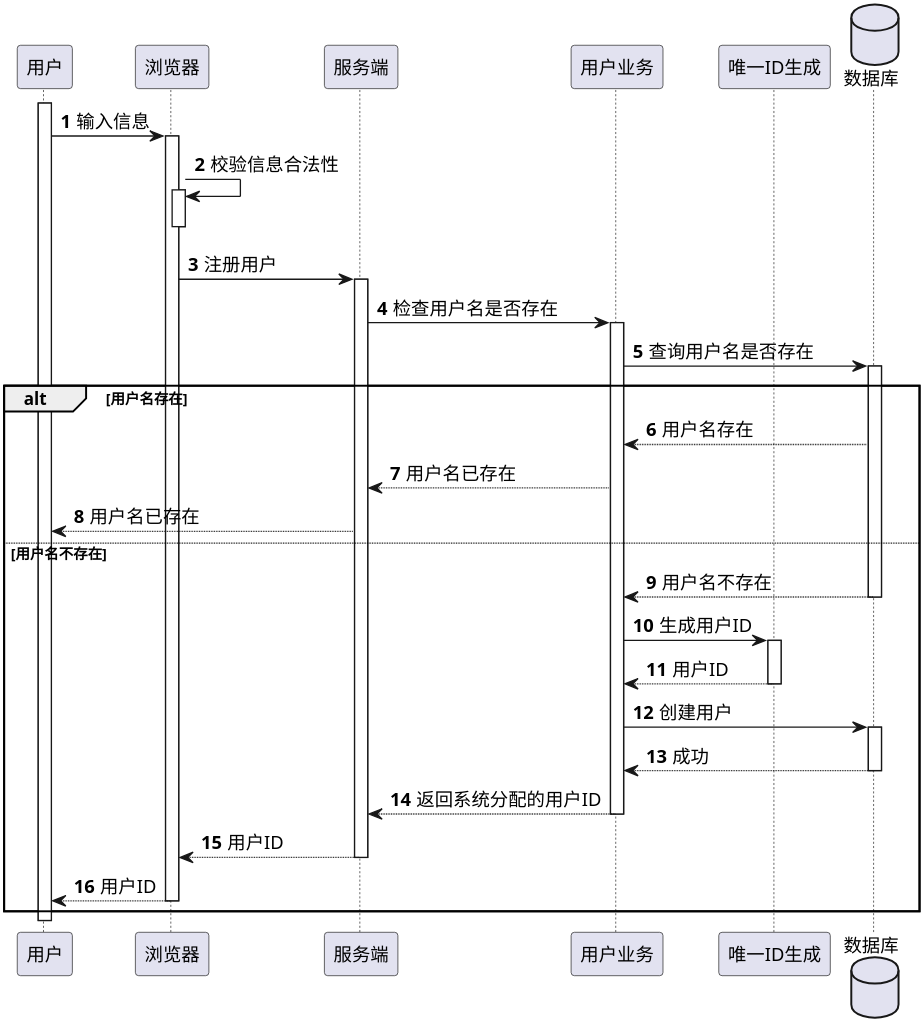
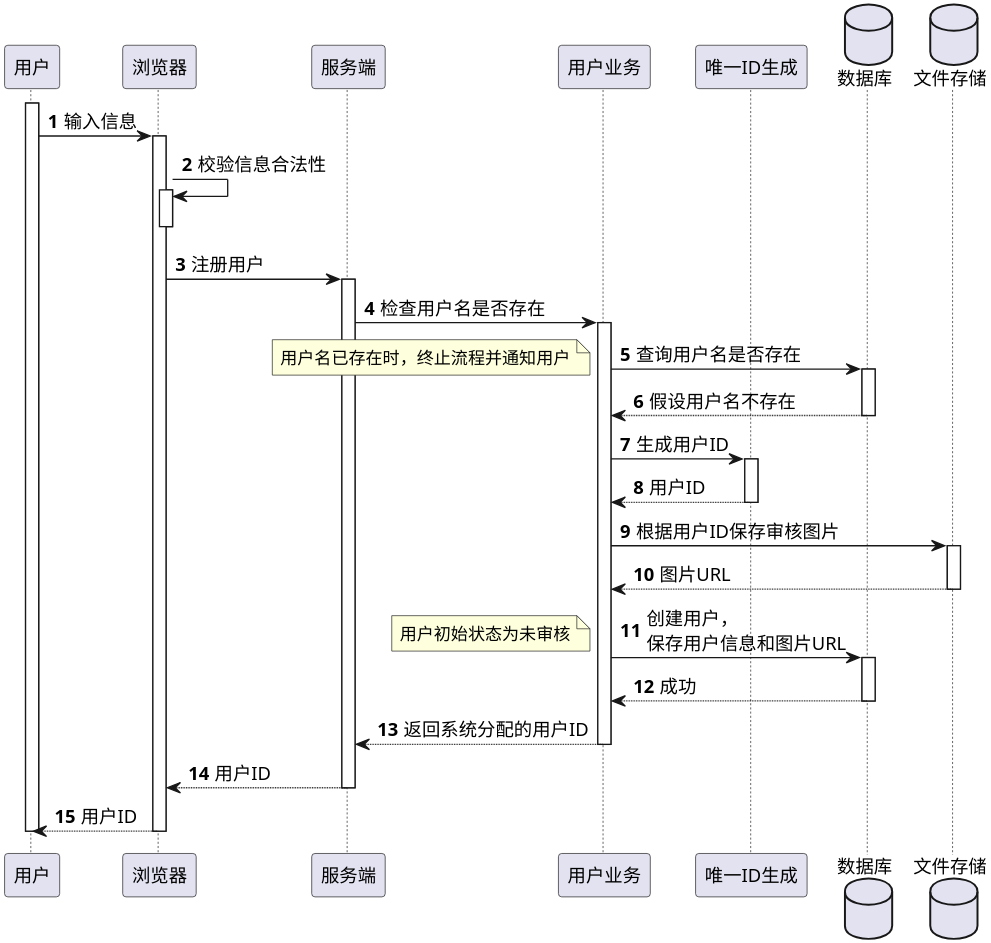
Before and after one commit to Etherealss/AskAnswer: the diagram in uml/时序图/user/注册.puml, drawn with PlantUML.

Commit message:
feature(uml): 注册时序图

```diff
--- a/uml/时序图/user/注册.puml
+++ b/uml/时序图/user/注册.puml
@@ -1,42 +1,42 @@
 @startuml
 skinparam shadowing false
 skinparam defaultFontName xfonts-wqy
 skinparam defaultFontName times
 skinparam dpi 300
 skinparam activity  {
     DiamondFontSize 14
     ArrowFontSize 14
     FontSize 14
 }
 autonumber
 
 participant 用户 as User
 participant 浏览器 as Browser
 participant 服务端 as  Server
 participant 用户业务 as UserService
 participant 唯一ID生成 as Uid
 database 数据库 as DB
+database 文件存储 as OSS
 
 
 activate User
 User -> Browser ++: 输入信息
 Browser -> Browser ++--: 校验信息合法性
 Browser -> Server ++: 注册用户
 Server -> UserService ++: 检查用户名是否存在
 UserService -> DB ++: 查询用户名是否存在
-alt 用户名存在
- UserService <-- DB : 用户名存在
- Server <-- UserService : 用户名已存在
- User <-- Server : 用户名已存在
-else 用户名不存在
- return 用户名不存在
- UserService -> Uid ++: 生成用户ID
- return 用户ID
- UserService -> DB ++: 创建用户
- return 成功
- return 返回系统分配的用户ID
- return 用户ID
- return 用户ID
-end
+note left : 用户名已存在时，终止流程并通知用户
+return 假设用户名不存在
+UserService -> Uid ++: 生成用户ID
+return 用户ID
+UserService -> OSS ++: 根据用户ID保存审核图片
+return 图片URL
+UserService -> DB ++: 创建用户，\n保存用户信息和图片URL
+note left : 用户初始状态为未审核
+return 成功
+return 返回系统分配的用户ID
+return 用户ID
+
+return 用户ID
 deactivate User
 @enduml
```
